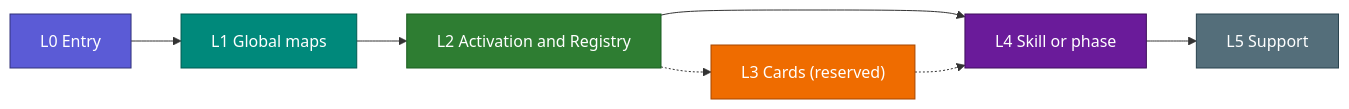
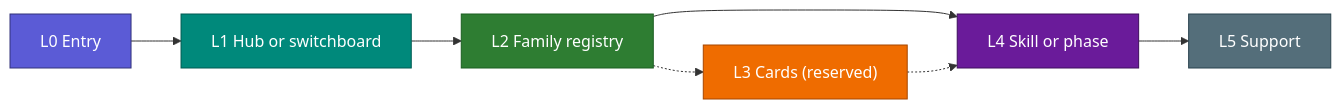
Before and after one commit to geekybobz/skills_ai: the diagram in docs/05_COLOR_LAYERS.md, drawn with Mermaid. The commit also changed other lines of this file and 19 other files, not shown here.

First line of the commit message:
feat(graph): enforce role-based Obsidian layout

````diff
--- a/docs/05_COLOR_LAYERS.md
+++ b/docs/05_COLOR_LAYERS.md
@@ -21,19 +22,19 @@
 ```mermaid
 flowchart LR
   classDef L0 fill:#5B5BD6,color:#fff,stroke:#32327A
   classDef L1 fill:#00897B,color:#fff,stroke:#005B52
   classDef L2 fill:#2E7D32,color:#fff,stroke:#1B5E20
   classDef L3 fill:#EF6C00,color:#fff,stroke:#A64700
   classDef L4 fill:#6A1B9A,color:#fff,stroke:#3E0F5C
   classDef L5 fill:#546E7A,color:#fff,stroke:#29434E
 
-  A["L0 Entry"] --> B["L1 Global maps"] --> C["L2 Activation and Registry"] --> E["L4 Skill or phase"] --> F["L5 Support"]
+  A["L0 Entry"] --> B["L1 Hub or switchboard"] --> C["L2 Family registry"] --> E["L4 Skill or phase"] --> F["L5 Support"]
   C -.-> D["L3 Cards (reserved)"] -.-> E
 
   class A L0
   class B L1
   class C L2
   class D L3
   class E L4
   class F L5
 ```
````
